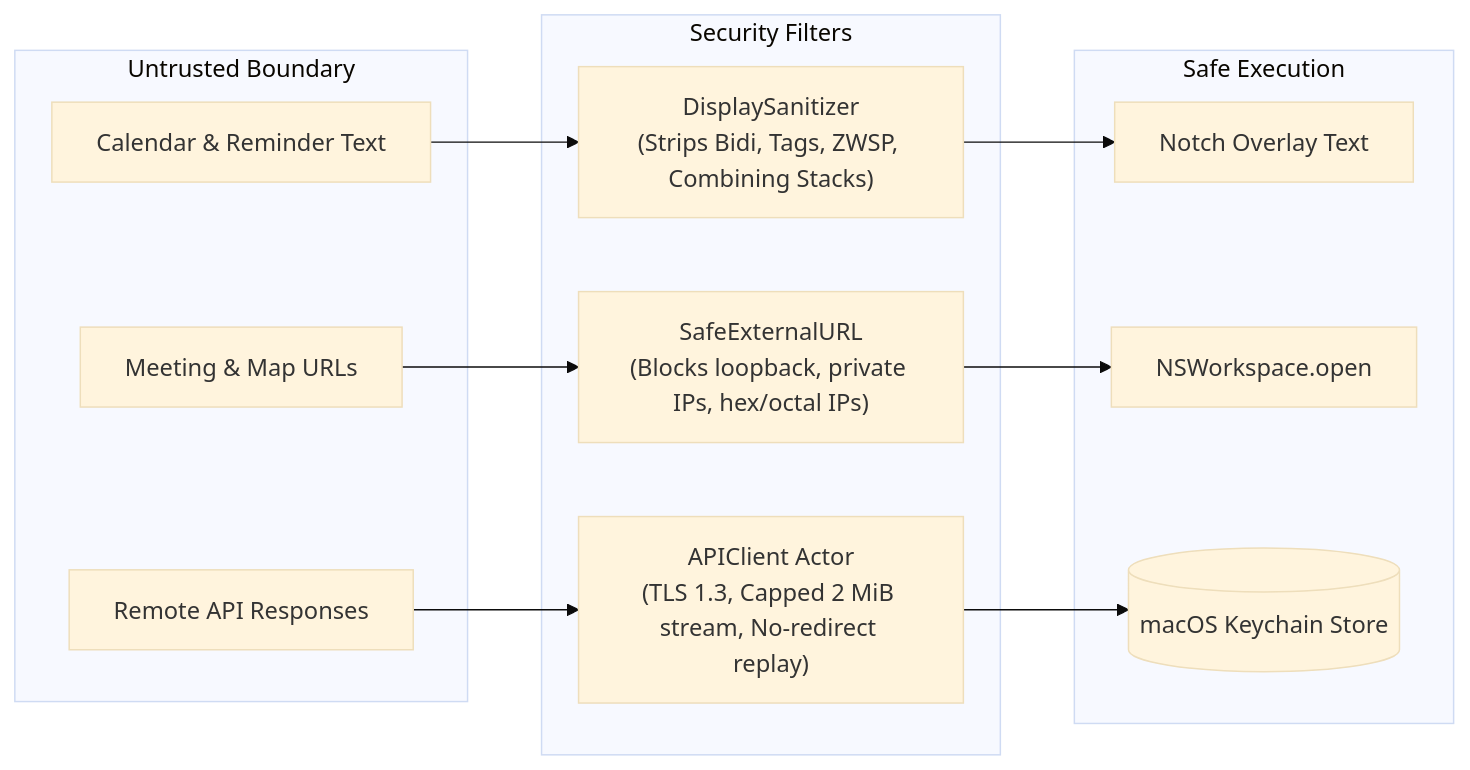
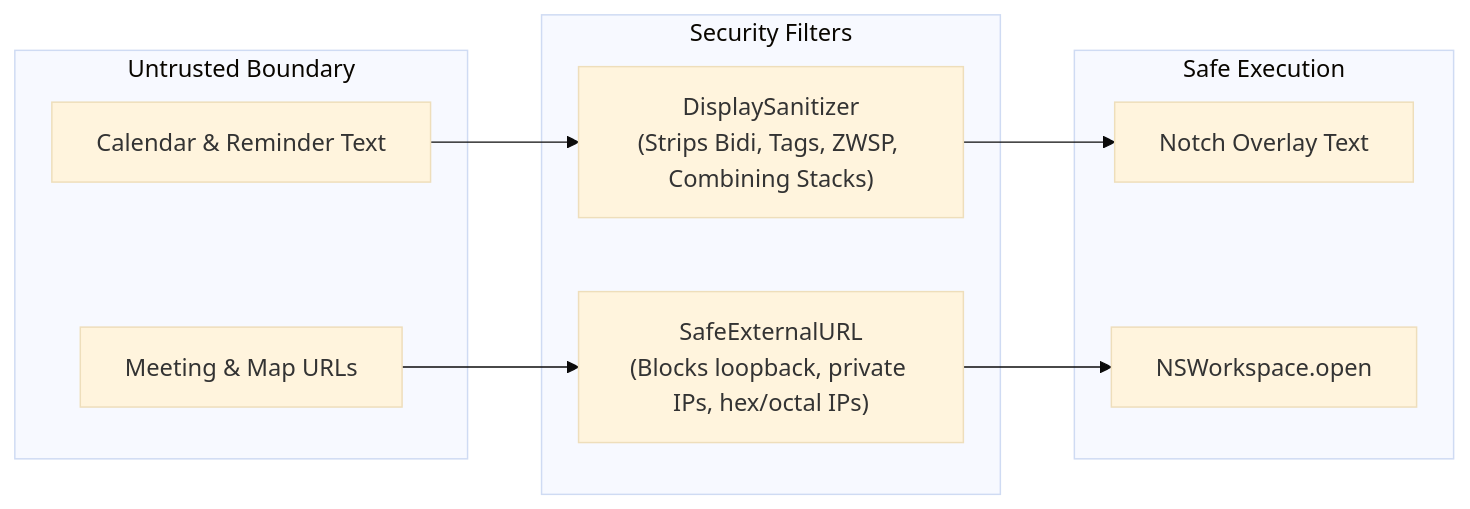
One commit to Srimi1/Notch-hub changed the fourth of 4 diagrams in README.md. Above: the diagram before and after it, drawn with Mermaid (base theme). The commit also changed other lines of this file and 3 other files, not shown here.

````diff
--- a/README.md
+++ b/README.md
@@ -157,24 +149,20 @@
 ```mermaid
 flowchart LR
     subgraph Untrusted ["Untrusted Boundary"]
         EK["Calendar & Reminder Text"]
         URLs["Meeting & Map URLs"]
-        API["Remote API Responses"]
     end
 
     subgraph Defense ["Security Filters"]
         Sanitize["DisplaySanitizer<br/>(Strips Bidi, Tags, ZWSP, Combining Stacks)"]
         SafeURL["SafeExternalURL<br/>(Blocks loopback, private IPs, hex/octal IPs)"]
-        HTTPClient["APIClient Actor<br/>(TLS 1.3, Capped 2 MiB stream, No-redirect replay)"]
     end
 
     subgraph Output ["Safe Execution"]
         SafeText["Notch Overlay Text"]
         OpenURL["NSWorkspace.open"]
-        Keychain[("macOS Keychain Store")]
     end
 
     EK --> Sanitize --> SafeText
     URLs --> SafeURL --> OpenURL
-    API --> HTTPClient --> Keychain
 ```
````
